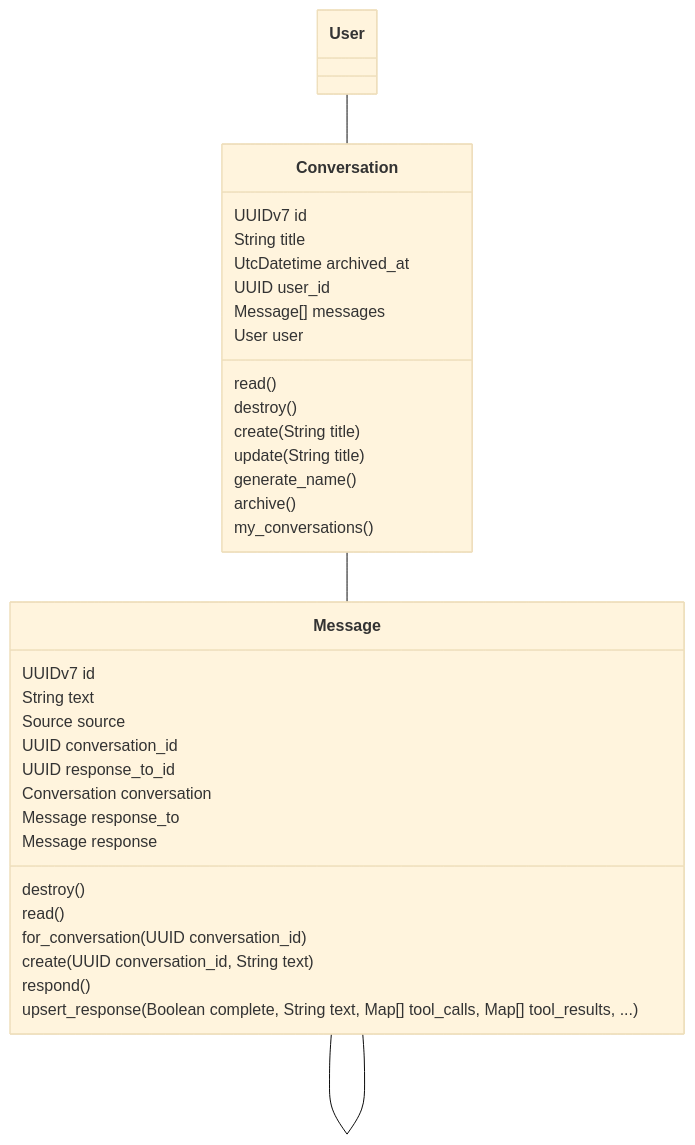
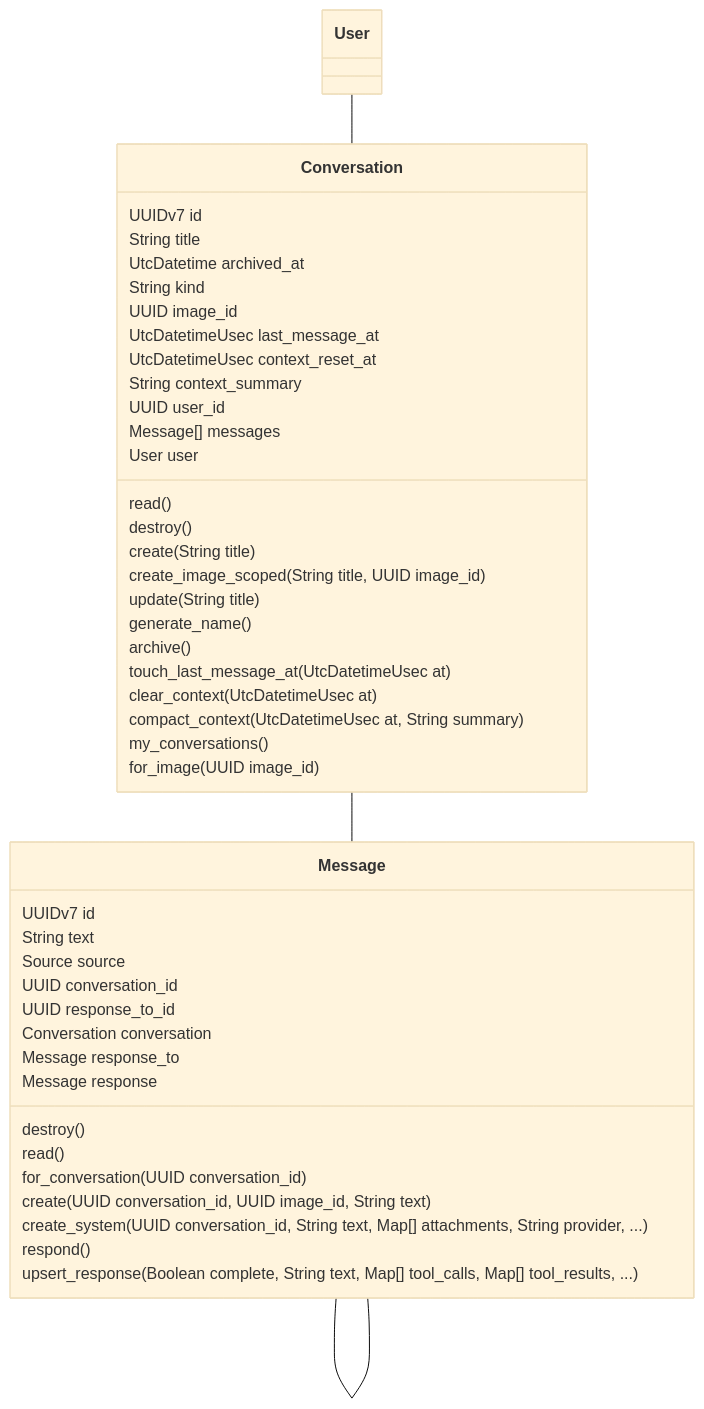
The diagram in lib/vmemo/chat-mermaid-class-diagram.md (ThaddeusJiang/Vmemo), drawn with Mermaid (base theme) before and after one commit.

Commit message:
chore(resource): refresh Ash resource diagrams [skip ci]

````diff
--- a/lib/vmemo/chat-mermaid-class-diagram.md
+++ b/lib/vmemo/chat-mermaid-class-diagram.md
@@ -1,39 +1,50 @@
 ```mermaid
 classDiagram
     class Conversation {
         UUIDv7 id
         String title
         UtcDatetime archived_at
+        String kind
+        UUID image_id
+        UtcDatetimeUsec last_message_at
+        UtcDatetimeUsec context_reset_at
+        String context_summary
         UUID user_id
         Message[] messages
         User user
         read()
         destroy()
         create(String title)
+        create_image_scoped(String title, UUID image_id)
         update(String title)
         generate_name()
         archive()
+        touch_last_message_at(UtcDatetimeUsec at)
+        clear_context(UtcDatetimeUsec at)
+        compact_context(UtcDatetimeUsec at, String summary)
         my_conversations()
+        for_image(UUID image_id)
     }
     class Message {
         UUIDv7 id
         String text
         Source source
         UUID conversation_id
         UUID response_to_id
         Conversation conversation
         Message response_to
         Message response
         destroy()
         read()
         for_conversation(UUID conversation_id)
-        create(UUID conversation_id, String text)
+        create(UUID conversation_id, UUID image_id, String text)
+        create_system(UUID conversation_id, String text, Map[] attachments, String provider, ...)
         respond()
         upsert_response(Boolean complete, String text, Map[] tool_calls, Map[] tool_results, ...)
     }
 
     User -- Conversation
     Conversation -- Message
     Message -- Message
 
 ```
````
